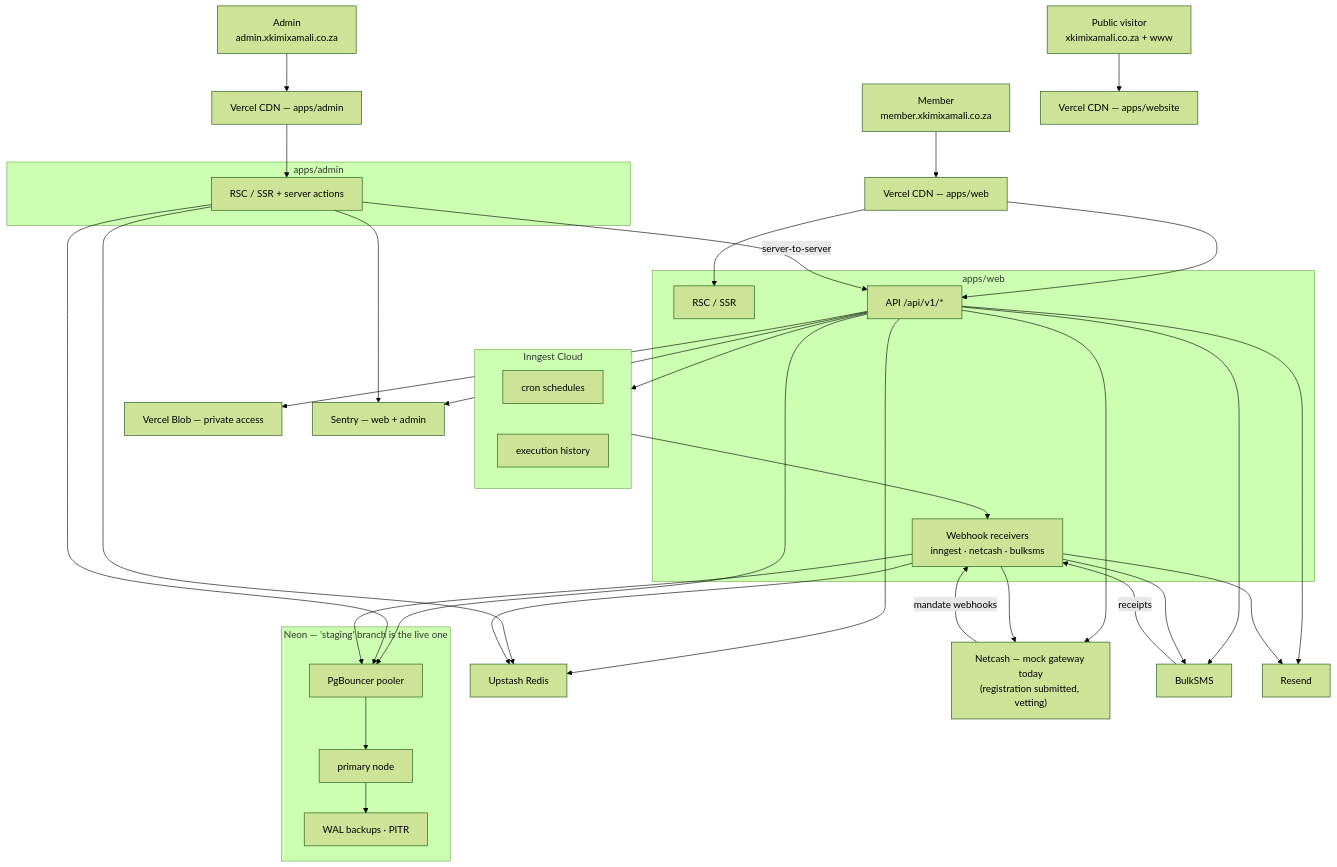
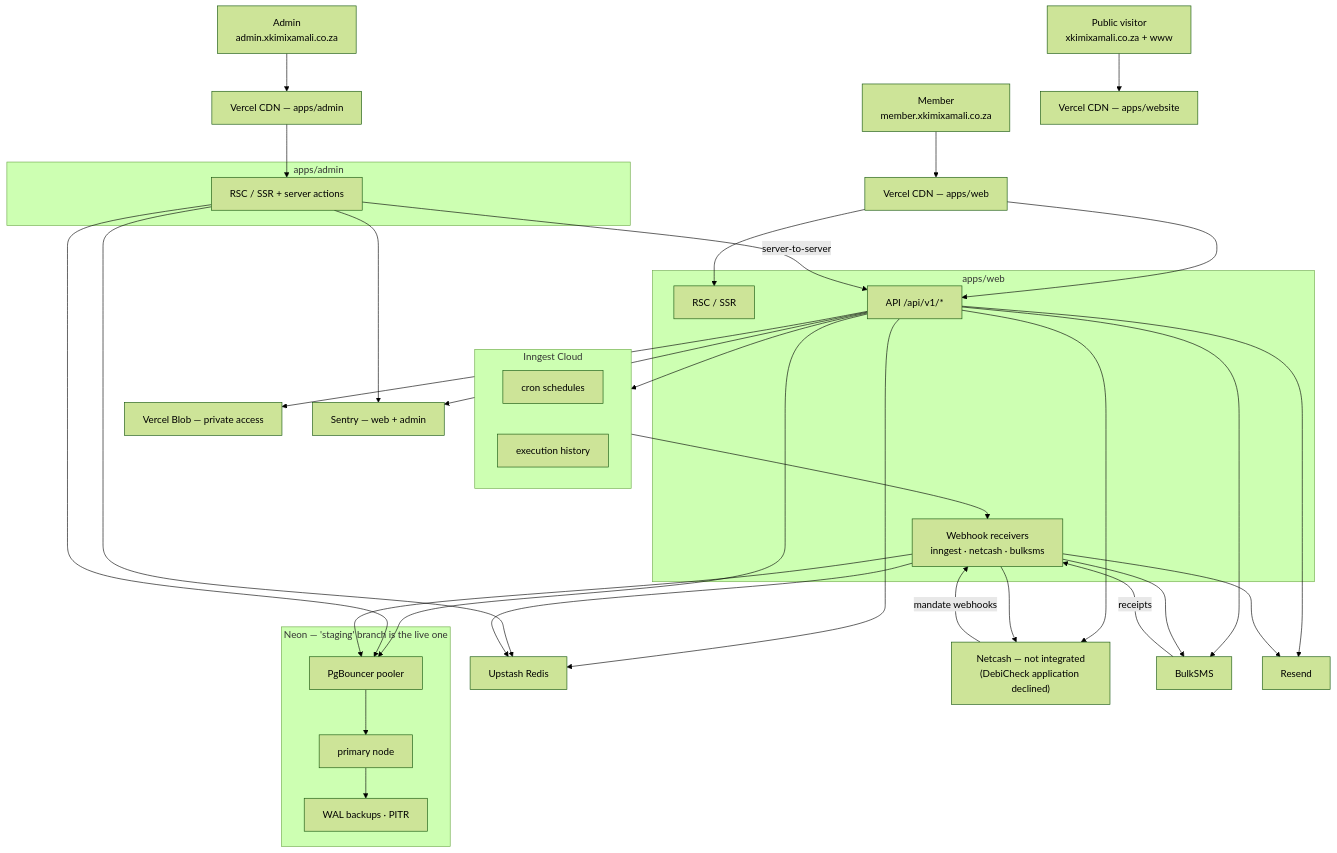
Before and after one commit to KSDRILL-SA/Xkimi-Xa-Mali: the second of 3 diagrams in docs/architecture/04-infrastructure-deployment.md, drawn with Mermaid (forest theme). The commit also changed other lines of this file and 14 other files, not shown here.

````diff
--- a/docs/architecture/04-infrastructure-deployment.md
+++ b/docs/architecture/04-infrastructure-deployment.md
@@ -59,39 +63,39 @@
 ```mermaid
 flowchart TB
     MB["Member<br/>member.xkimixamali.co.za"] --> CDNW["Vercel CDN — apps/web"]
     AD["Admin<br/>admin.xkimixamali.co.za"] --> CDNA["Vercel CDN — apps/admin"]
     PUB["Public visitor<br/>xkimixamali.co.za + www"] --> CDNS["Vercel CDN — apps/website"]
 
     subgraph APP["apps/web"]
         SSR["RSC / SSR"]
         API["API /api/v1/*"]
         WH["Webhook receivers<br/>inngest · netcash · bulksms"]
     end
     subgraph ADMINAPP["apps/admin"]
         ASSR["RSC / SSR + server actions"]
     end
     CDNW --> SSR & API
     CDNA --> ASSR
     ASSR -->|server-to-server| API
 
     subgraph NEON["Neon — 'staging' branch is the live one"]
         POOL["PgBouncer pooler"] --> PRIMARY["primary node"]
         PRIMARY --> BACKUP["WAL backups · PITR"]
     end
     REDIS["Upstash Redis"]
     subgraph INNGEST["Inngest Cloud"]
         CRON["cron schedules"]
         HIST["execution history"]
     end
-    NC["Netcash — mock gateway today<br/>(registration submitted, vetting)"]
+    NC["Netcash — not integrated<br/>(DebiCheck application declined)"]
     BULK["BulkSMS"]
     RESEND["Resend"]
     BLOB["Vercel Blob — private access"]
     SENTRY["Sentry — web + admin"]
 
     API --> POOL & REDIS & NC & BULK & RESEND & BLOB & INNGEST & SENTRY
     ASSR --> POOL & REDIS & SENTRY
     INNGEST --> WH --> POOL & REDIS & NC & BULK & RESEND
     NC -->|mandate webhooks| WH
     BULK -->|receipts| WH
 ```
````
